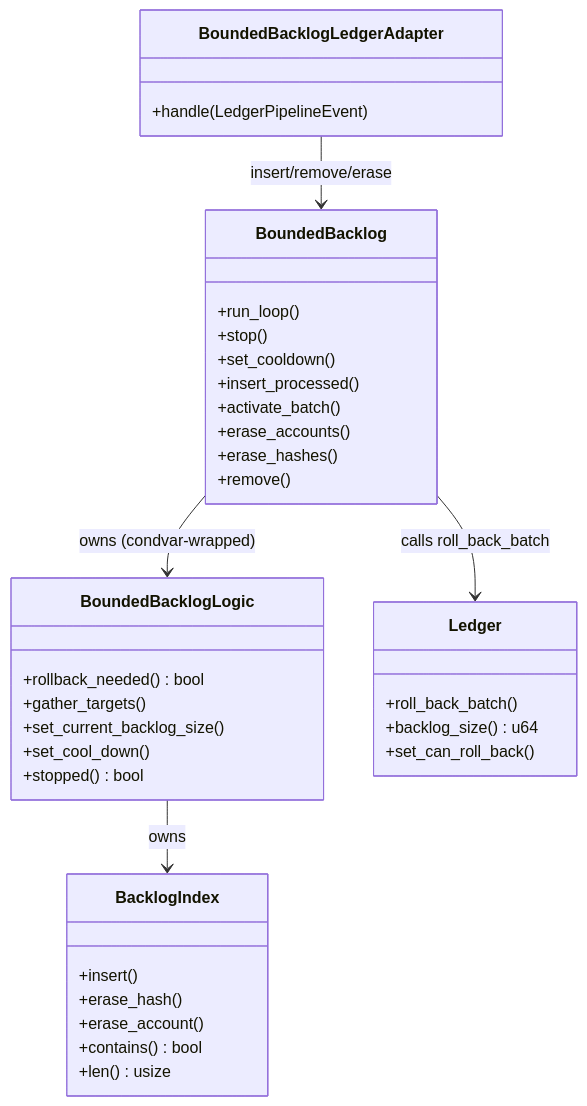
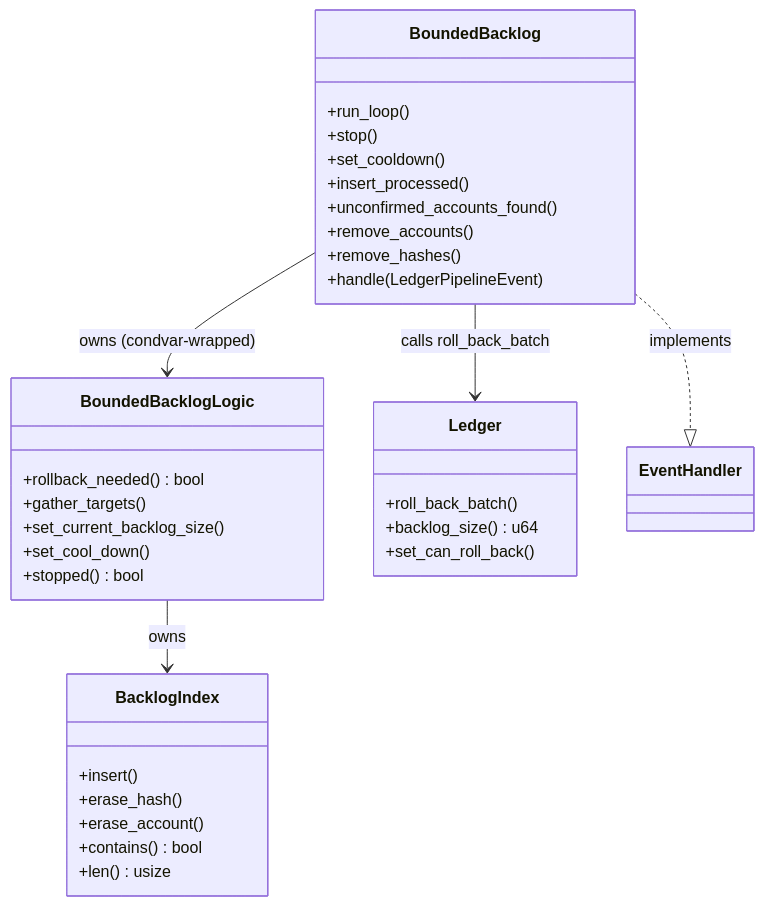
The diagram in node/src/block_processing/bounded_backlog/README.md (Fiono11/rsnano-node), drawn with Mermaid before and after one commit. The commit also changed other lines of this file, not shown here.

Commit message:
Update BoundedBacklog README to reflect merged adapter and renamed methods

````diff
--- a/node/src/block_processing/bounded_backlog/README.md
+++ b/node/src/block_processing/bounded_backlog/README.md
@@ -51,44 +51,40 @@
 ```mermaid
 classDiagram
     class BoundedBacklog {
         +run_loop()
         +stop()
         +set_cooldown()
         +insert_processed()
-        +activate_batch()
-        +erase_accounts()
-        +erase_hashes()
-        +remove()
+        +unconfirmed_accounts_found()
+        +remove_accounts()
+        +remove_hashes()
+        +handle(LedgerPipelineEvent)
     }
 
     class BoundedBacklogLogic {
         +rollback_needed() bool
         +gather_targets()
         +set_current_backlog_size()
         +set_cool_down()
         +stopped() bool
     }
 
     class BacklogIndex {
         +insert()
         +erase_hash()
         +erase_account()
         +contains() bool
         +len() usize
     }
 
-    class BoundedBacklogLedgerAdapter {
-        +handle(LedgerPipelineEvent)
-    }
-
     class Ledger {
         +roll_back_batch()
         +backlog_size() u64
         +set_can_roll_back()
     }
 
     BoundedBacklog --> BoundedBacklogLogic : owns (condvar-wrapped)
     BoundedBacklog --> Ledger : calls roll_back_batch
     BoundedBacklogLogic --> BacklogIndex : owns
-    BoundedBacklogLedgerAdapter --> BoundedBacklog : insert/remove/erase
+    BoundedBacklog ..|> EventHandler : implements
 ```
````
